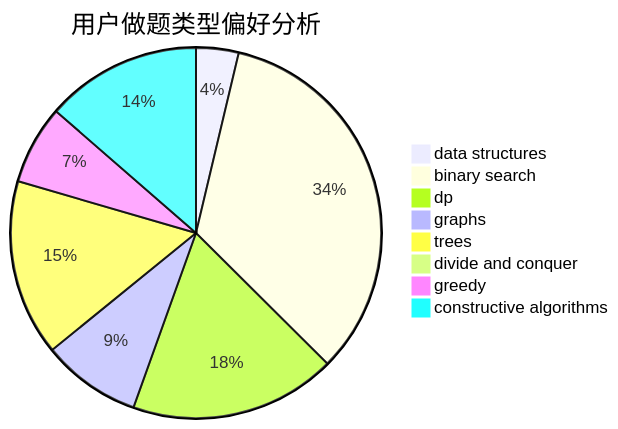
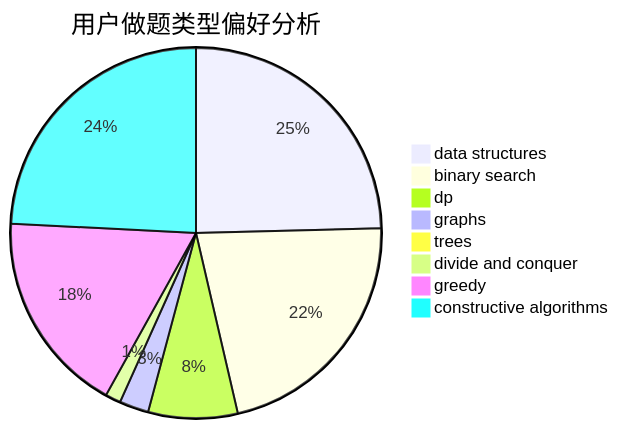
One commit to sherpahu/cfrs.github.io changed the second of 3 diagrams in docs/user/u1788.md. Above: the diagram before and after it, drawn with Mermaid. The commit also changed other lines of this file and 2770 other files, not shown here.

````diff
--- a/docs/user/u1788.md
+++ b/docs/user/u1788.md
@@ -23,11 +23,11 @@
 ```mermaid
 pie title 用户做题类型偏好分析
-    "data structures" :  21
-    "binary search" :  191
-    "dp" :  102
-    "graphs" :  49
-    "trees" :  87
-    "divide and conquer" :  0
-    "greedy" :  39
-    "constructive algorithms" :  77
+    "data structures" :  183
+    "binary search" :  162
+    "dp" :  58
+    "graphs" :  19
+    "trees" :  0
+    "divide and conquer" :  10
+    "greedy" :  132
+    "constructive algorithms" :  180
 ```
````
